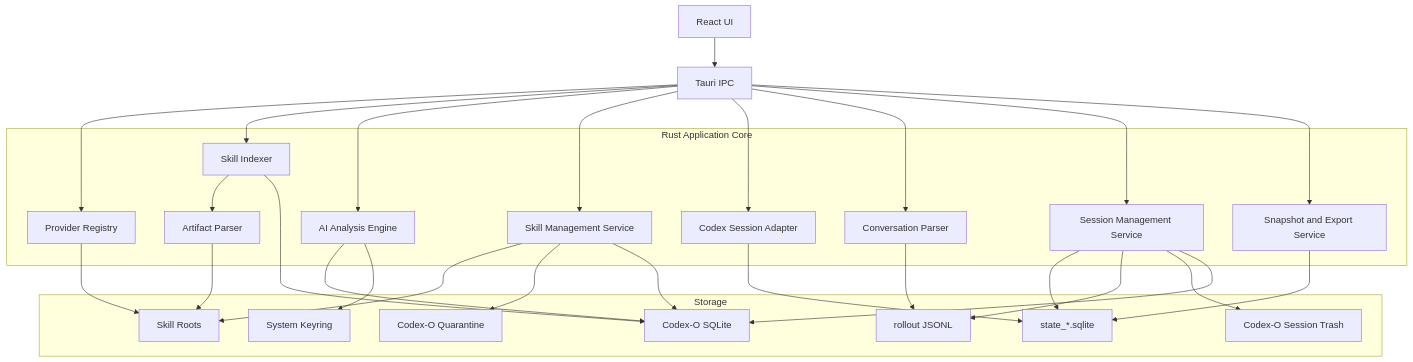
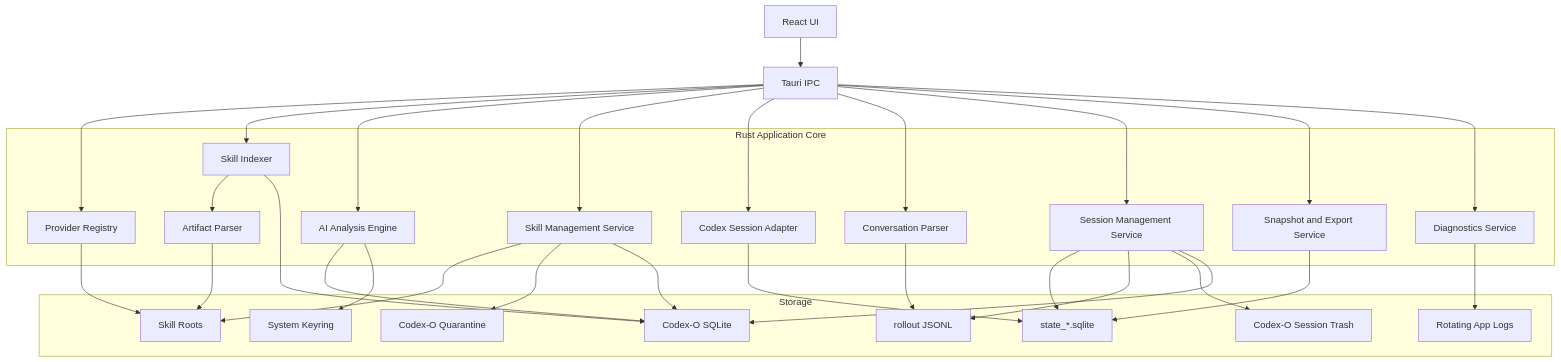
Before and after one commit to MLYR/Codex-O: the diagram in doc/技术设计文档.md, drawn with Mermaid. The commit also changed other lines of this file and 15 other files, not shown here.

````diff
--- a/doc/技术设计文档.md
+++ b/doc/技术设计文档.md
@@ -53,54 +57,58 @@
 ```mermaid
 flowchart TB
     UI[React UI]
     IPC[Tauri IPC]
 
     subgraph Core[Rust Application Core]
       Provider[Provider Registry]
       Indexer[Skill Indexer]
       Parser[Artifact Parser]
       Analyzer[AI Analysis Engine]
       Manager[Skill Management Service]
       Sessions[Codex Session Adapter]
       Transcript[Conversation Parser]
       SessionManager[Session Management Service]
       Exporter[Snapshot and Export Service]
+      Diagnostics[Diagnostics Service]
     end
 
     subgraph Storage[Storage]
       AppDB[Codex-O SQLite]
       Keyring[System Keyring]
       SkillRoots[Skill Roots]
       CodexDB[state_*.sqlite]
       SessionFiles[rollout JSONL]
       Quarantine[Codex-O Quarantine]
       SessionTrash[Codex-O Session Trash]
+      AppLogs[Rotating App Logs]
     end
 
     UI --> IPC
     IPC --> Provider
     IPC --> Indexer
     IPC --> Analyzer
     IPC --> Manager
     IPC --> Sessions
     IPC --> Transcript
     IPC --> SessionManager
     IPC --> Exporter
+    IPC --> Diagnostics
 
     Provider --> SkillRoots
     Indexer --> Parser
     Parser --> SkillRoots
     Indexer --> AppDB
     Analyzer --> AppDB
     Analyzer --> Keyring
     Manager --> SkillRoots
     Manager --> Quarantine
     Manager --> AppDB
     Sessions --> CodexDB
     Transcript --> SessionFiles
     SessionManager --> CodexDB
     SessionManager --> SessionFiles
     SessionManager --> SessionTrash
     SessionManager --> AppDB
     Exporter --> CodexDB
+    Diagnostics --> AppLogs
 ```
````
